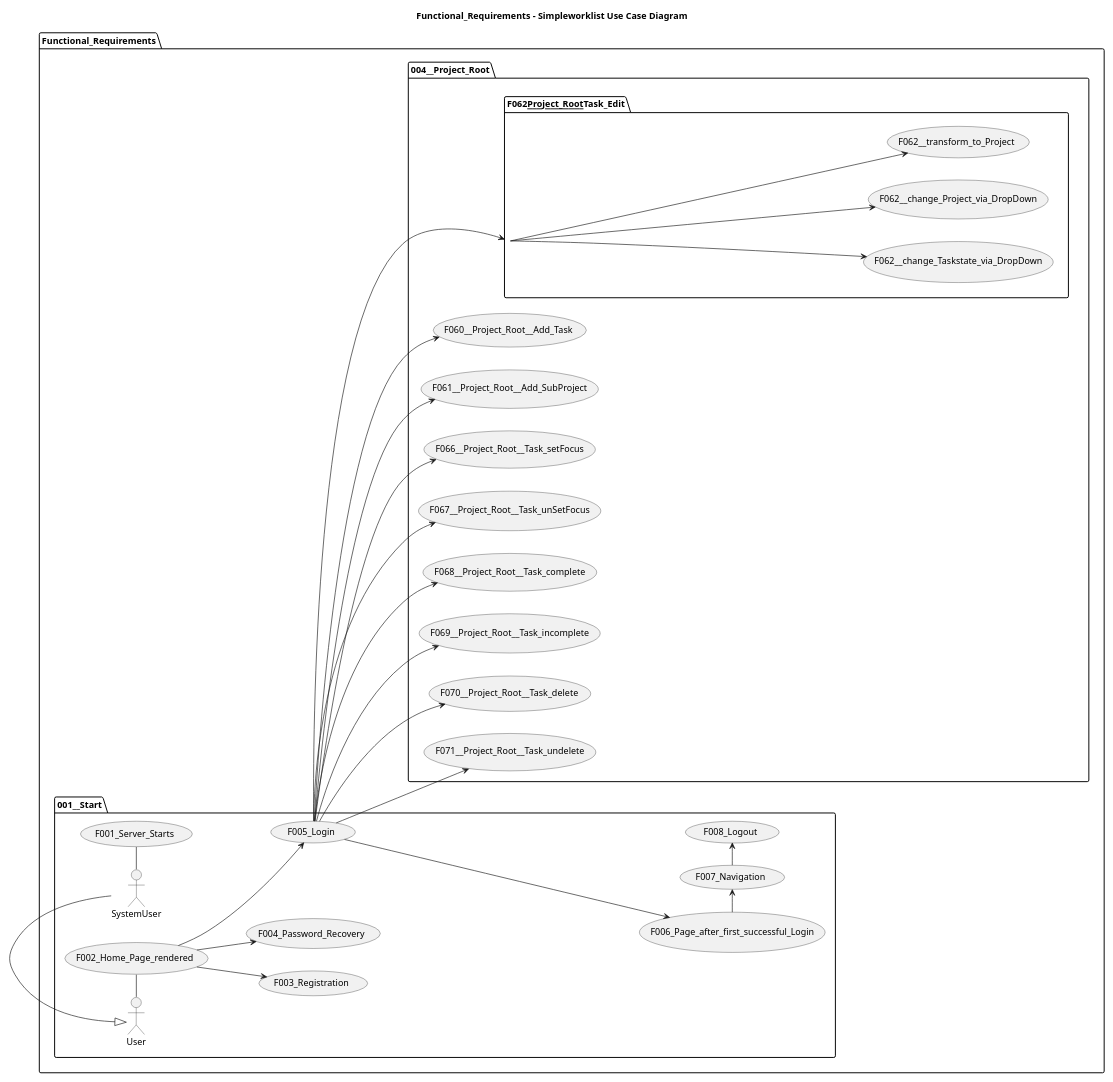
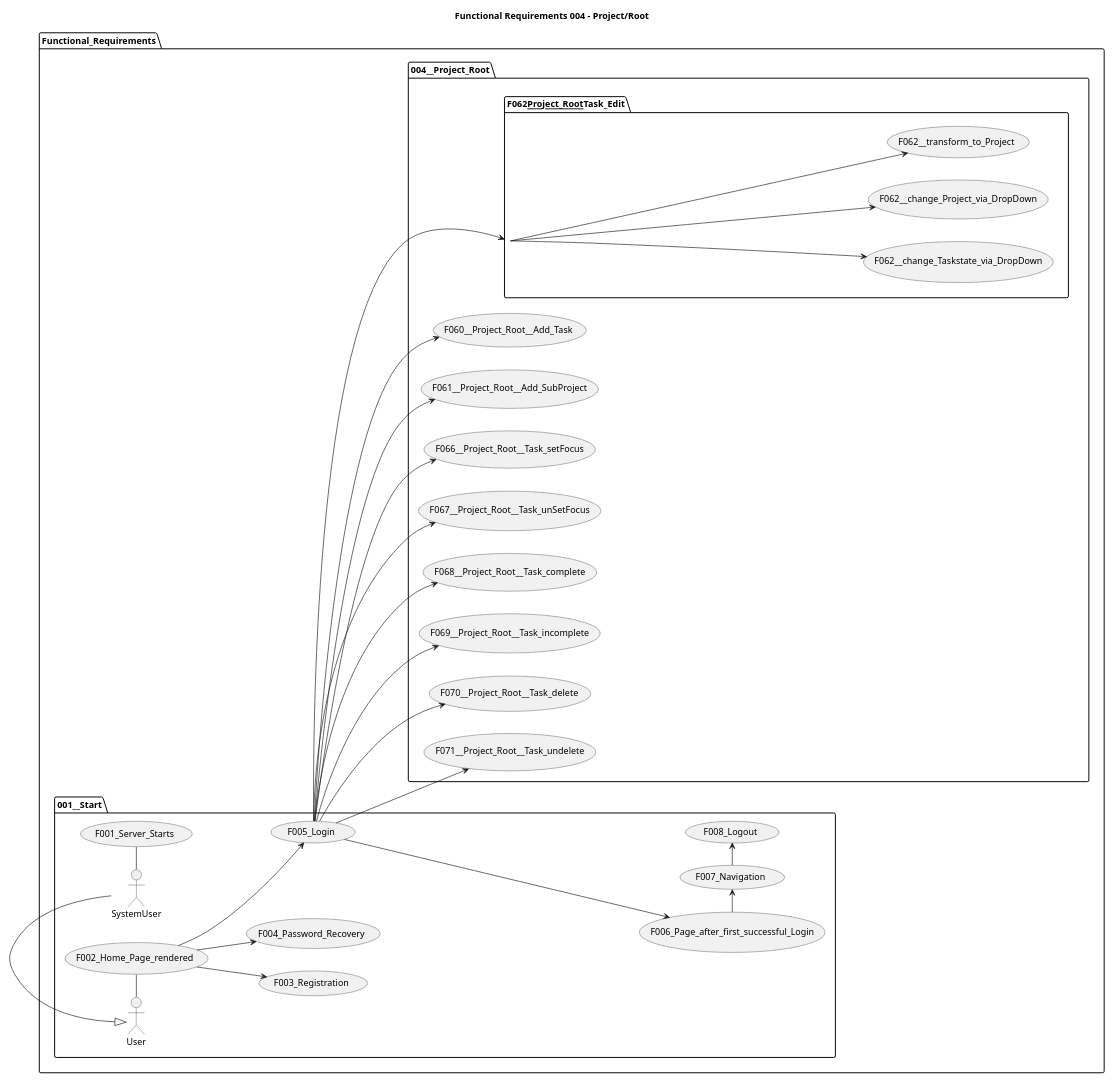
One commit to Spring-Framework-Java-Apps/simpleworklist changed the diagram in src/main/plantuml/Simpleworklist__Use_Cases__004__Project_Root.puml. Above: the diagram before and after it, drawn with PlantUML. The commit also changed 15 other files, not shown here.

```diff
--- a/src/main/plantuml/Simpleworklist__Use_Cases__004__Project_Root.puml
+++ b/src/main/plantuml/Simpleworklist__Use_Cases__004__Project_Root.puml
@@ -1,44 +1,44 @@
 @startuml
 
-title Functional_Requirements - Simpleworklist Use Case Diagram
+title Functional Requirements 004 - Project/Root
 
 left to right direction
 'top to bottom direction
 
 'https://plantuml.com/use-case-diagram
 
 scale 1200 width
 
 package Functional_Requirements {
 
   package 001__Start {
     SystemUser - (F001_Server_Starts)
     User - (F002_Home_Page_rendered)
     (F002_Home_Page_rendered) --> (F003_Registration)
     (F002_Home_Page_rendered) --> (F004_Password_Recovery)
     (F002_Home_Page_rendered) --> (F005_Login)
     (F005_Login) ---> (F006_Page_after_first_successful_Login)
     (F006_Page_after_first_successful_Login) -> (F007_Navigation)
     (F007_Navigation) -> (F008_Logout)
 
     User <|- SystemUser
   }
 
   package 004__Project_Root {
     (F005_Login) --> (F060__Project_Root__Add_Task)
     (F005_Login) --> (F061__Project_Root__Add_SubProject)
     (F005_Login) --> (F062__Project_Root__Task_Edit)
     package F062__Project_Root__Task_Edit {
       (F062__Project_Root__Task_Edit) ---> (F062__change_Taskstate_via_DropDown)
       (F062__Project_Root__Task_Edit) ---> (F062__change_Project_via_DropDown)
       (F062__Project_Root__Task_Edit) ---> (F062__transform_to_Project)
     }
     (F005_Login) --> (F066__Project_Root__Task_setFocus)
     (F005_Login) --> (F067__Project_Root__Task_unSetFocus)
     (F005_Login) --> (F068__Project_Root__Task_complete)
     (F005_Login) --> (F069__Project_Root__Task_incomplete)
     (F005_Login) --> (F070__Project_Root__Task_delete)
     (F005_Login) --> (F071__Project_Root__Task_undelete)
   }
 }
 @enduml
```
